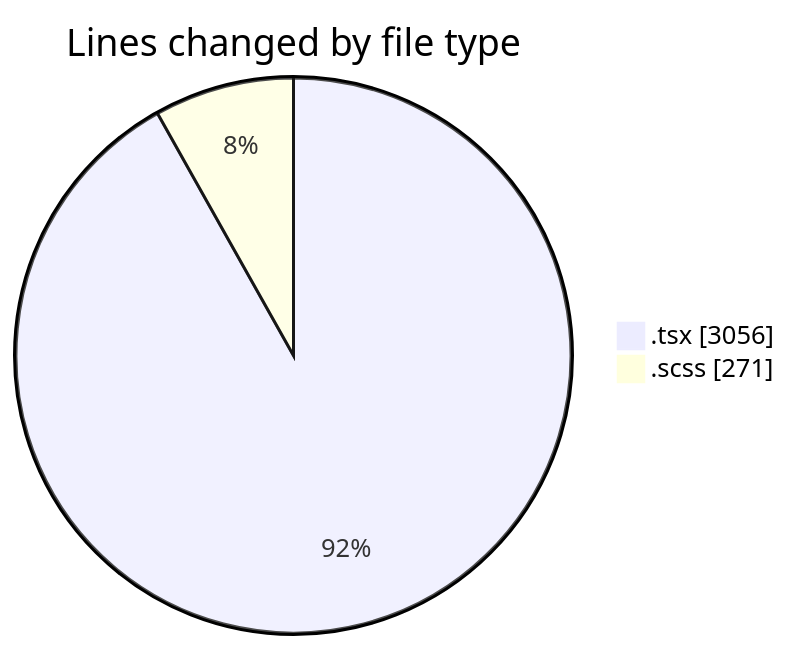
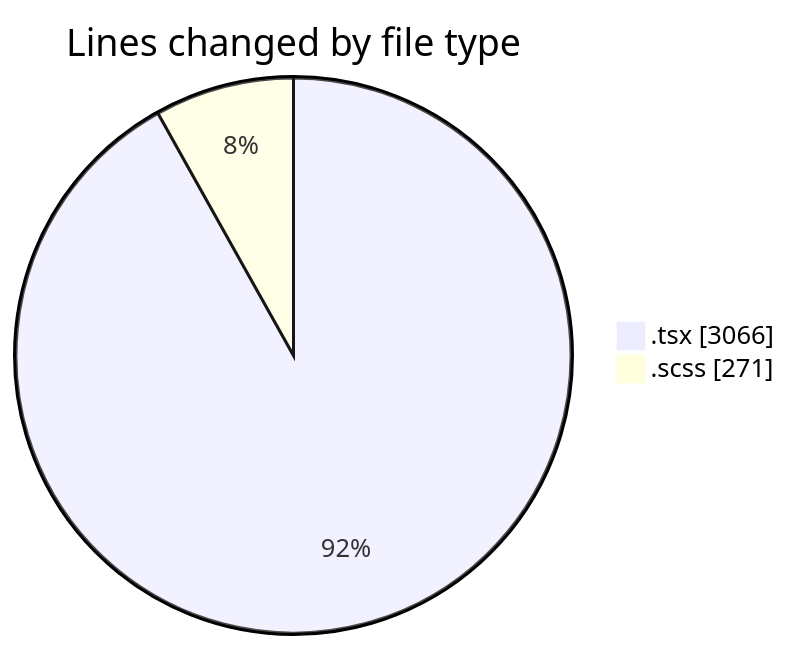
Before and after one commit to momahboobian/code-tracking: the first of 2 diagrams in 2025-11-18/cda/README.md, drawn with Mermaid. The commit also changed other lines of this file and 1 other file, not shown here.

````diff
--- a/2025-11-18/cda/README.md
+++ b/2025-11-18/cda/README.md
@@ -26,6 +26,6 @@
 ```mermaid
 pie showData
 title Lines changed by file type
-".tsx" : 3056
+".tsx" : 3066
 ".scss" : 271
 ```
````
